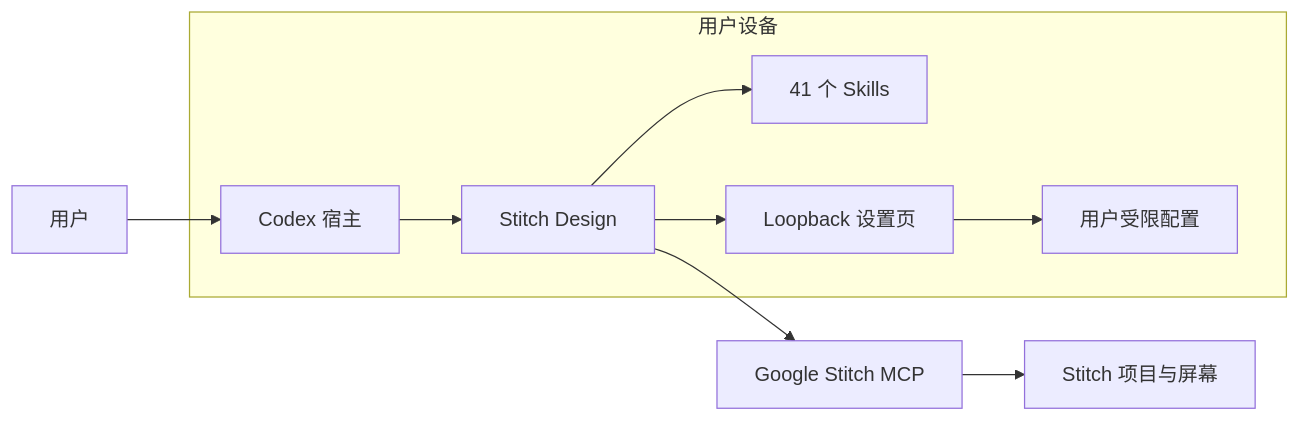
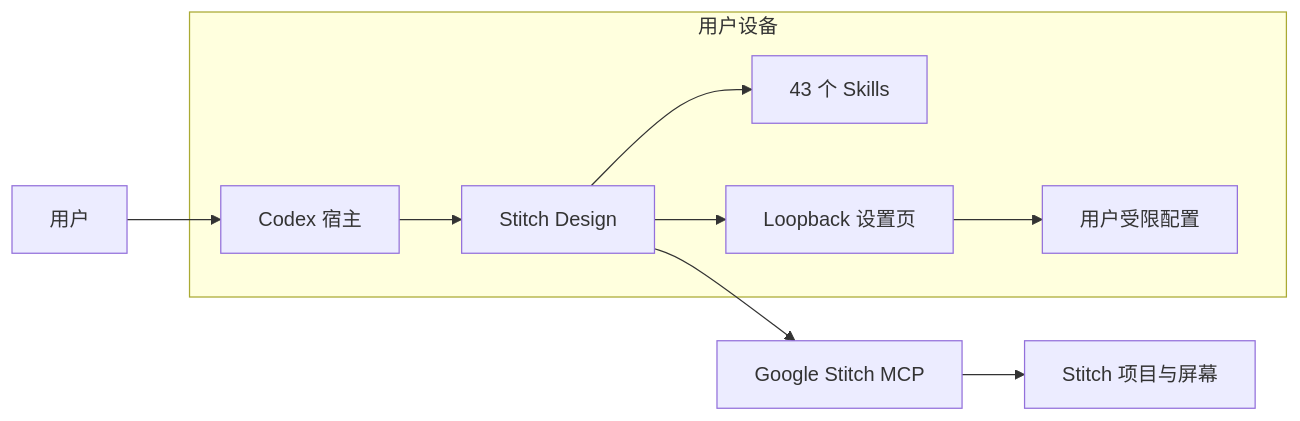
Before and after one commit to full-stack-plugins/stitch-design-plugin: the second of 11 diagrams in docs/Stitch-Design-Architecture.zh_CN.md, drawn with Mermaid. The commit also changed other lines of this file and 60 other files, not shown here.

````diff
--- a/docs/Stitch-Design-Architecture.zh_CN.md
+++ b/docs/Stitch-Design-Architecture.zh_CN.md
@@ -41,17 +41,17 @@
 ```mermaid
 flowchart LR
     User["用户"] --> Codex["Codex 宿主"]
     Codex --> Plugin["Stitch Design"]
-    Plugin --> Skills["41 个 Skills"]
+    Plugin --> Skills["43 个 Skills"]
     Plugin --> Setup["Loopback 设置页"]
     Plugin --> MCP["Google Stitch MCP"]
     Setup --> Config["用户受限配置"]
     MCP --> Stitch["Stitch 项目与屏幕"]
     subgraph Local["用户设备"]
       Codex
       Plugin
       Skills
       Setup
       Config
     end
 ```
````
